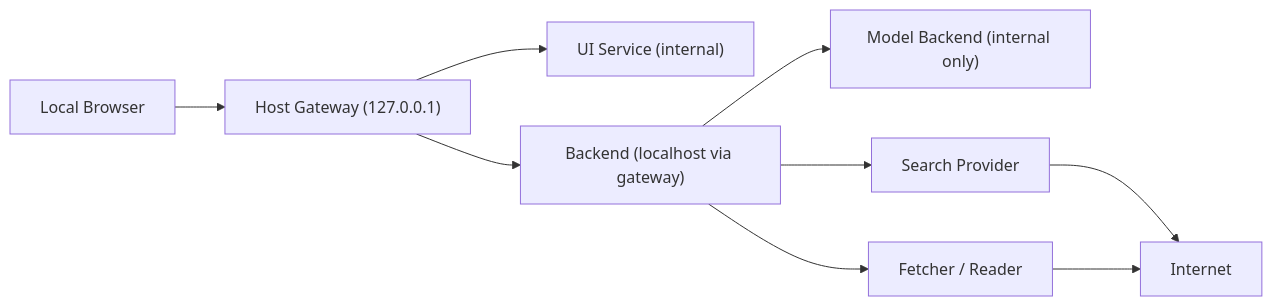
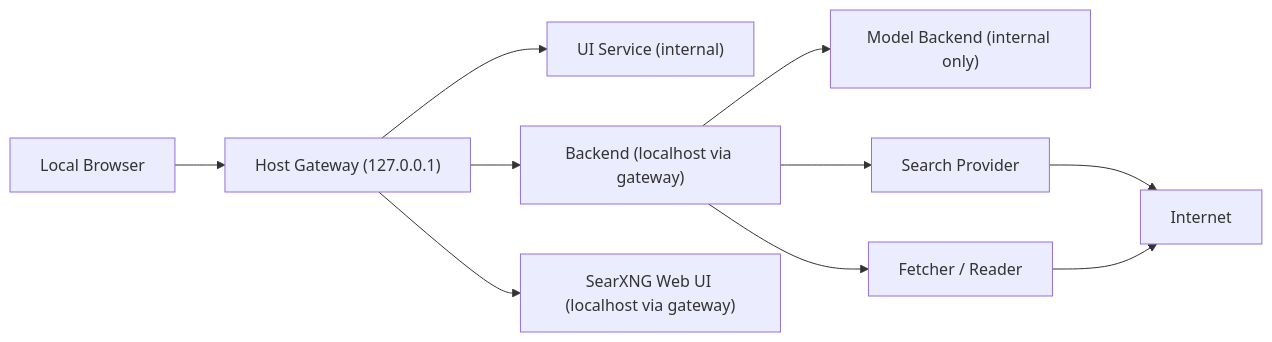
Before and after one commit to StamosArhon/AnonExplo: the diagram in docs/ARCHITECTURE.md, drawn with Mermaid. The commit also changed other lines of this file and 8 other files, not shown here.

Commit message:
Add localhost-only standalone SearXNG UI access

````diff
--- a/docs/ARCHITECTURE.md
+++ b/docs/ARCHITECTURE.md
@@ -26,11 +26,12 @@
 ```mermaid
 flowchart LR
     User["Local Browser"] --> Gateway["Host Gateway (127.0.0.1)"]
     Gateway --> UIService["UI Service (internal)"]
     Gateway --> Backend["Backend (localhost via gateway)"]
+    Gateway --> SearchUI["SearXNG Web UI (localhost via gateway)"]
     Backend --> Model["Model Backend (internal only)"]
     Backend --> Search["Search Provider"]
     Backend --> Fetcher["Fetcher / Reader"]
     Search --> Internet["Internet"]
     Fetcher --> Internet
 ```
````
